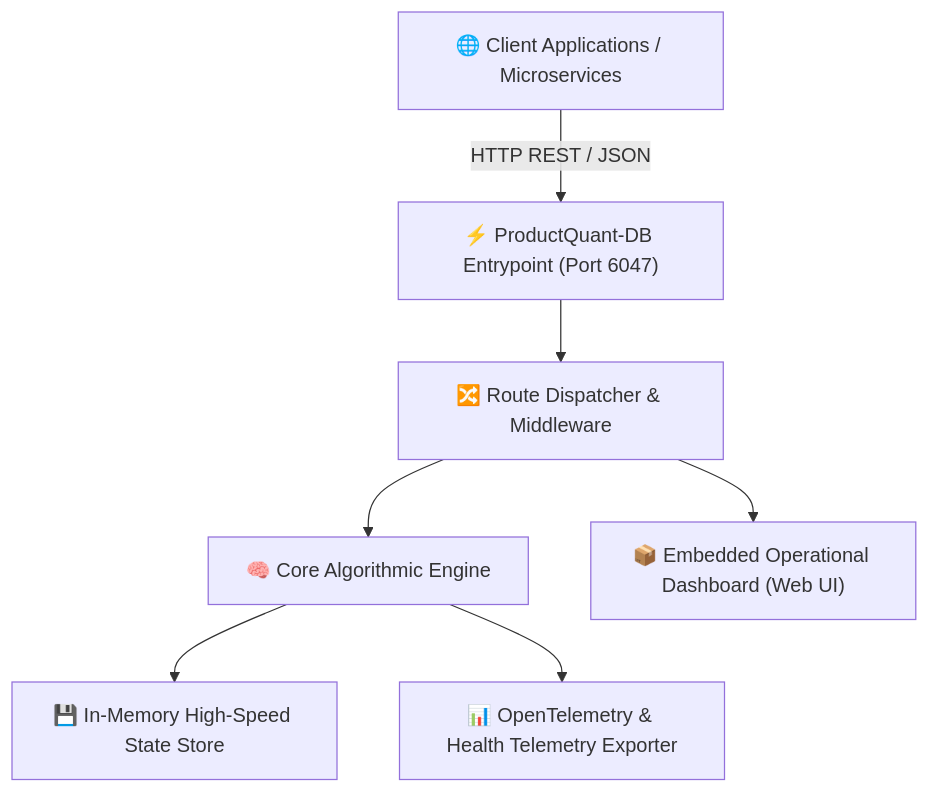
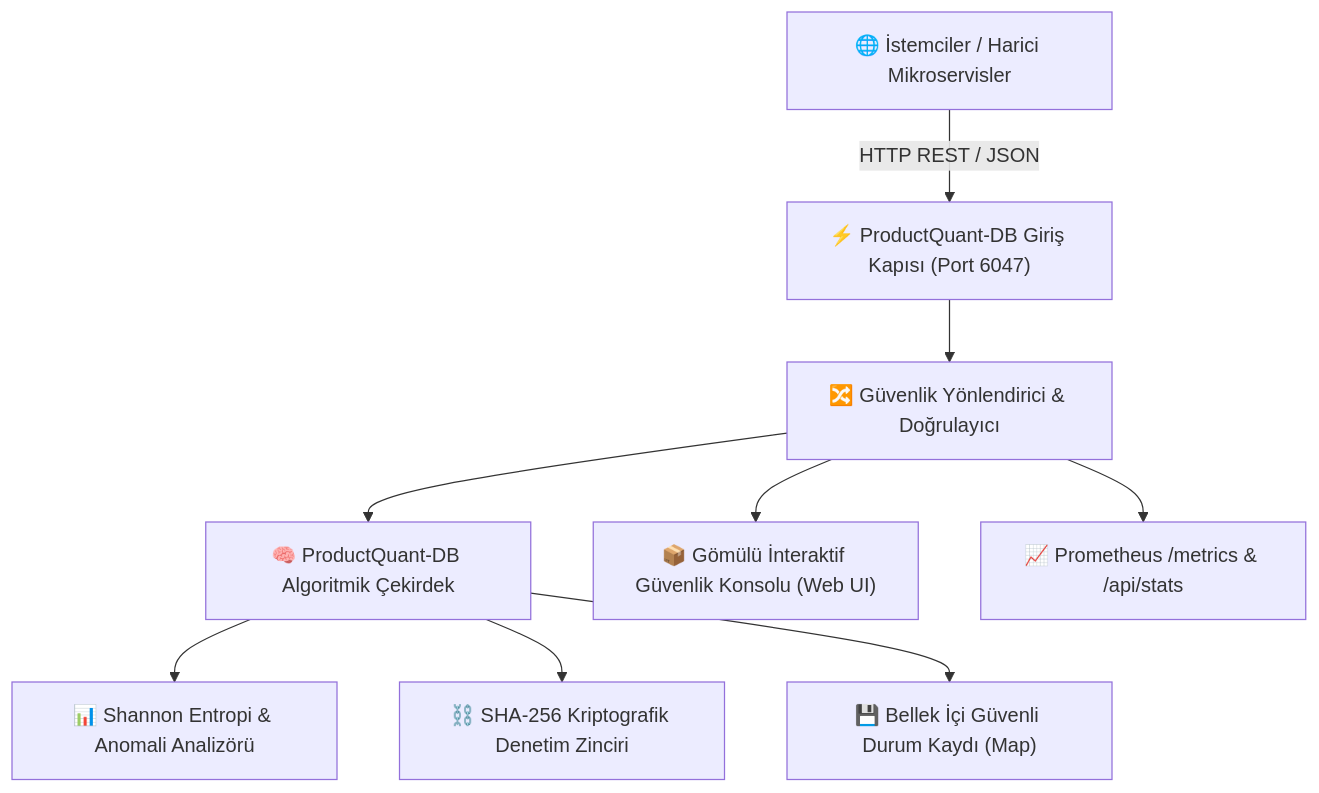
One commit to alinurettin/ProductQuant-DB changed the diagram in README.md. Above: the diagram before and after it, drawn with Mermaid. The commit also changed other lines of this file and 3 other files, not shown here.

````diff
--- a/README.md
+++ b/README.md
@@ -22,9 +53,11 @@
 ```mermaid
 flowchart TD
-    Client["🌐 Client Applications / Microservices"] -->|HTTP REST / JSON| Gateway["⚡ ProductQuant-DB Entrypoint (Port 6047)"]
-    Gateway --> Router["🔀 Route Dispatcher & Middleware"]
-    Router --> Engine["🧠 Core Algorithmic Engine"]
-    Engine --> Storage["💾 In-Memory High-Speed State Store"]
-    Router --> Static["📦 Embedded Operational Dashboard (Web UI)"]
-    Engine --> Metrics["📊 OpenTelemetry & Health Telemetry Exporter"]
+    Client["🌐 İstemciler / Harici Mikroservisler"] -->|HTTP REST / JSON| Entrypoint["⚡ ProductQuant-DB Giriş Kapısı (Port 6047)"]
+    Entrypoint --> Dispatcher["🔀 Güvenlik Yönlendirici & Doğrulayıcı"]
+    Dispatcher --> CoreEngine["🧠 ProductQuant-DB Algoritmik Çekirdek"]
+    CoreEngine --> Entropy["📊 Shannon Entropi & Anomali Analizörü"]
+    CoreEngine --> HashChain["⛓️ SHA-256 Kriptografik Denetim Zinciri"]
+    CoreEngine --> Storage["💾 Bellek İçi Güvenli Durum Kaydı (Map)"]
+    Dispatcher --> WebUI["📦 Gömülü İnteraktif Güvenlik Konsolu (Web UI)"]
+    Dispatcher --> Telemetry["📈 Prometheus /metrics & /api/stats"]
 ```
````
